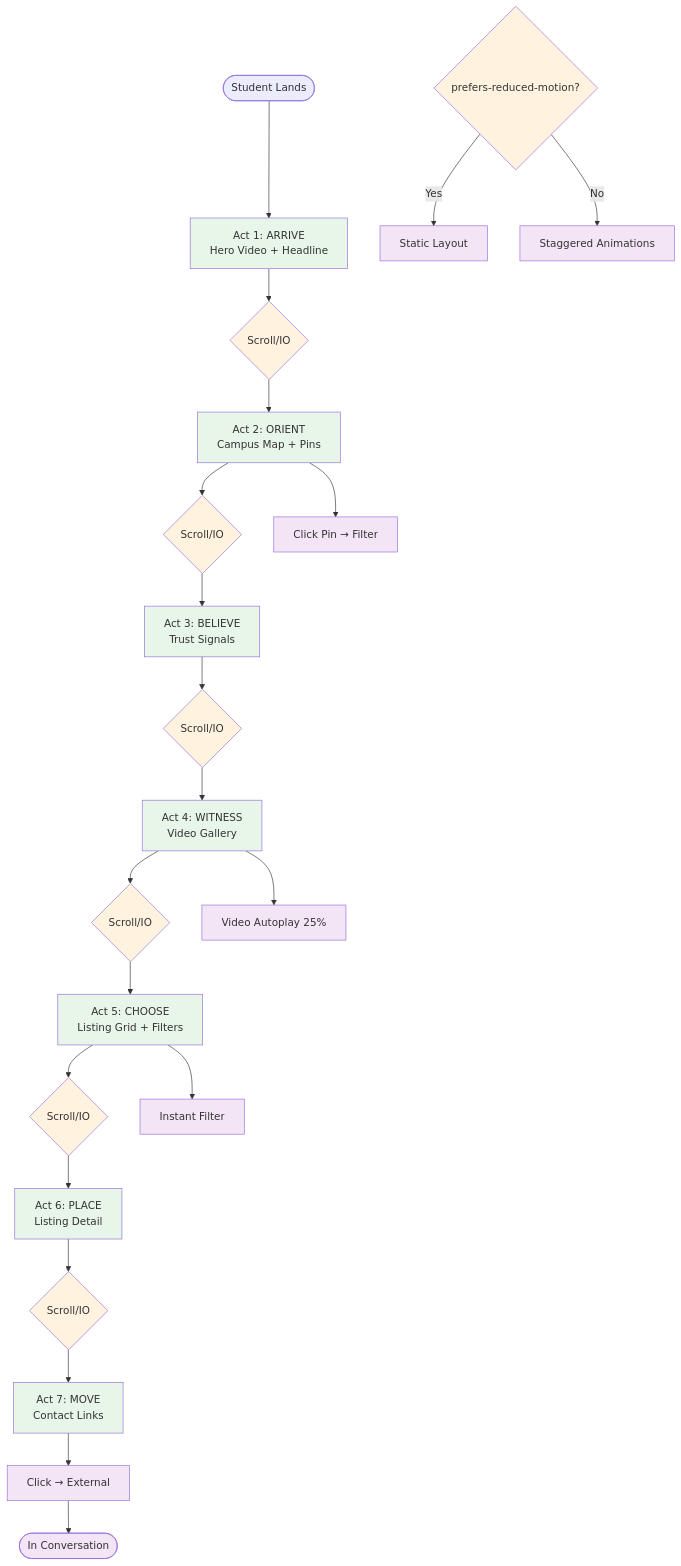
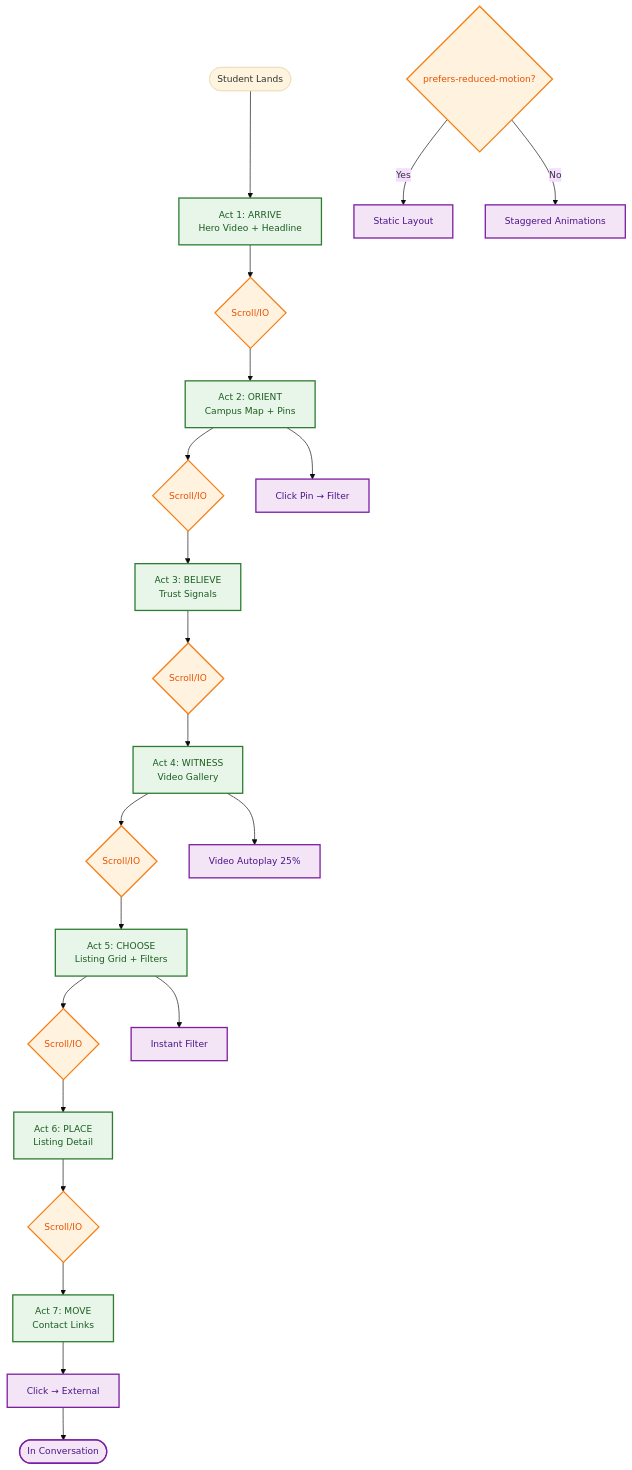
One commit to shadrackb1/unihub-landing-experience changed the third of 7 diagrams in README.md. Above: the diagram before and after it, drawn with Mermaid. The commit also changed other lines of this file, not shown here.

````diff
--- a/README.md
+++ b/README.md
@@ -230,33 +206,34 @@
 ```mermaid
+%%{init: {'theme': 'base', 'themeVariables': {'fontSize': '14px'}}}%%
 flowchart TD
-    Entry([Student Lands]) --> Act1[Act 1: ARRIVE\nHero Video + Headline]
+    Entry([Student Lands]) --> Act1[Act 1: ARRIVE<br/>Hero Video + Headline]
     Act1 --> Scroll1{Scroll/IO}
-    Scroll1 --> Act2[Act 2: ORIENT\nCampus Map + Pins]
+    Scroll1 --> Act2[Act 2: ORIENT<br/>Campus Map + Pins]
     Act2 --> Scroll2{Scroll/IO}
-    Scroll2 --> Act3[Act 3: BELIEVE\nTrust Signals]
+    Scroll2 --> Act3[Act 3: BELIEVE<br/>Trust Signals]
     Act3 --> Scroll3{Scroll/IO}
-    Scroll3 --> Act4[Act 4: WITNESS\nVideo Gallery]
+    Scroll3 --> Act4[Act 4: WITNESS<br/>Video Gallery]
     Act4 --> Scroll4{Scroll/IO}
-    Scroll4 --> Act5[Act 5: CHOOSE\nListing Grid + Filters]
+    Scroll4 --> Act5[Act 5: CHOOSE<br/>Listing Grid + Filters]
     Act5 --> Scroll5{Scroll/IO}
-    Scroll5 --> Act6[Act 6: PLACE\nListing Detail]
+    Scroll5 --> Act6[Act 6: PLACE<br/>Listing Detail]
     Act6 --> Scroll6{Scroll/IO}
-    Scroll6 --> Act7[Act 7: MOVE\nContact Links]
+    Scroll6 --> Act7[Act 7: MOVE<br/>Contact Links]
     
     Act2 --> PinClick[Click Pin → Filter]
     Act4 --> VideoAuto[Video Autoplay 25%]
     Act5 --> FilterChange[Instant Filter]
     Act7 --> ContactClick[Click → External]
     ContactClick --> Exit([In Conversation])
     
     Motion{prefers-reduced-motion?}
     Motion -->|Yes| Static[Static Layout]
     Motion -->|No| Animated[Staggered Animations]
     
-    classDef act fill:#E8F5E9;
-    classDef decision fill:#FFF3E0;
-    classDef external fill:#F3E5F5;
-    class Act1,Act2,Act3,Act4,Act5,Act6,Act7 act;
-    class Scroll1,Scroll2,Scroll3,Scroll4,Scroll5,Scroll6,Motion decision;
-    class Static,Animated,PinClick,VideoAuto,FilterChange,ContactClick,Exit external;
+    classDef act fill:#E8F5E9,stroke:#2E7D32,color:#1B5E20,stroke-width:2px
+    classDef decision fill:#FFF3E0,stroke:#F57F17,color:#E65100,stroke-width:2px
+    classDef external fill:#F3E5F5,stroke:#7B1FA2,color:#4A148C,stroke-width:2px
+    class Act1,Act2,Act3,Act4,Act5,Act6,Act7 act
+    class Scroll1,Scroll2,Scroll3,Scroll4,Scroll5,Scroll6,Motion decision
+    class Static,Animated,PinClick,VideoAuto,FilterChange,ContactClick,Exit external
 ```
````
